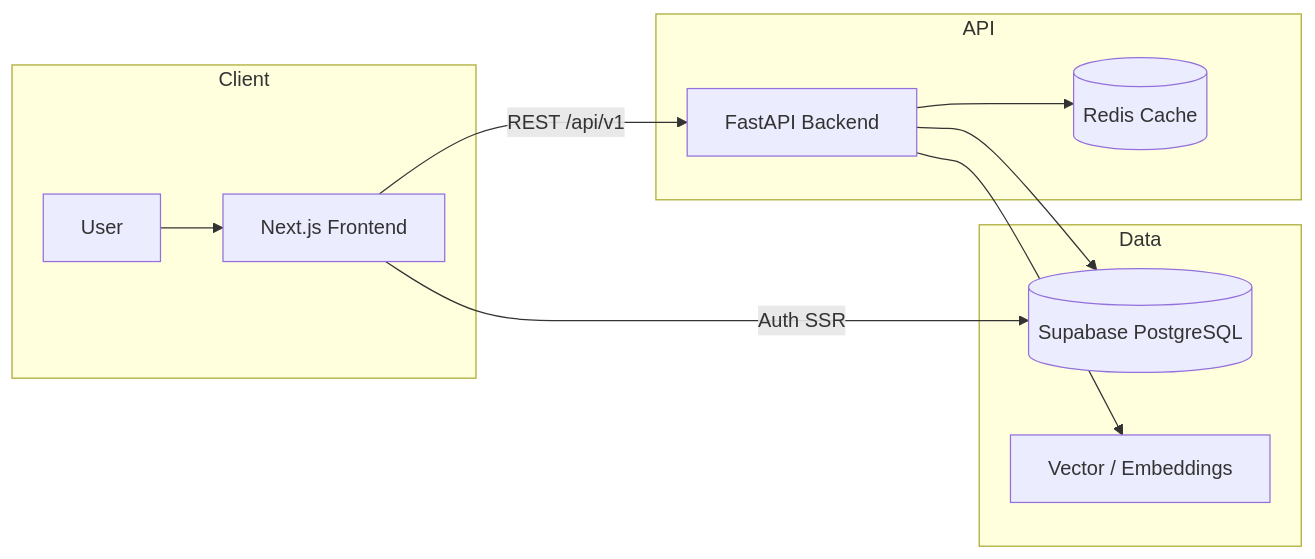
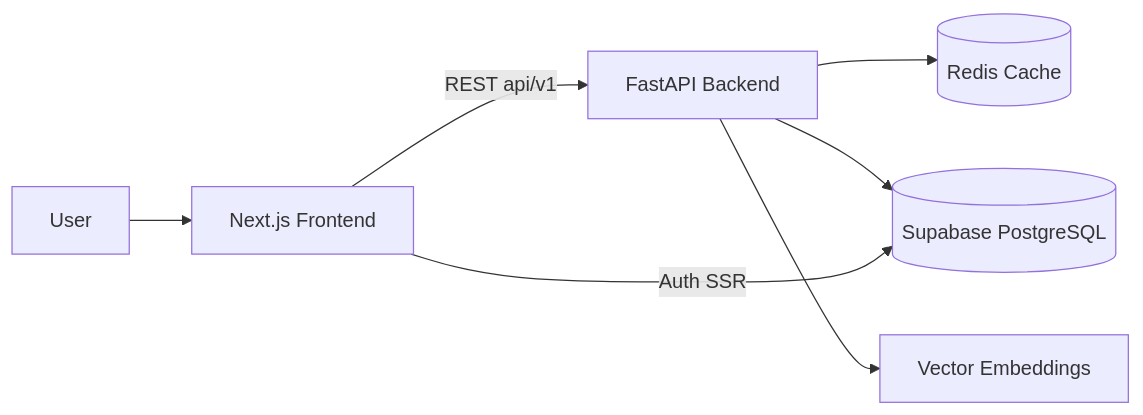
The first of 3 diagrams in README.md (Ninjaa-aa/property-walay), drawn with Mermaid before and after one commit. The commit also changed other lines of this file, not shown here.

Commit message:
Update image paths and improve flowchart syntax

````diff
--- a/README.md
+++ b/README.md
@@ -58,21 +60,9 @@
 ```mermaid
 flowchart LR
-  subgraph Client
-    U[User]
-    FE[Next.js Frontend]
-  end
-  subgraph API
-    BE[FastAPI Backend]
-    R[(Redis Cache)]
-  end
-  subgraph Data
-    DB[(Supabase PostgreSQL)]
-    V[Vector / Embeddings]
-  end
-  U --> FE
-  FE -->|REST /api/v1| BE
-  BE --> R
-  BE --> DB
-  BE --> V
+  U[User] --> FE[Next.js Frontend]
+  FE -->|REST api/v1| BE[FastAPI Backend]
+  BE --> R[(Redis Cache)]
+  BE --> DB[(Supabase PostgreSQL)]
+  BE --> V[Vector Embeddings]
   FE -->|Auth SSR| DB
 ```
````
